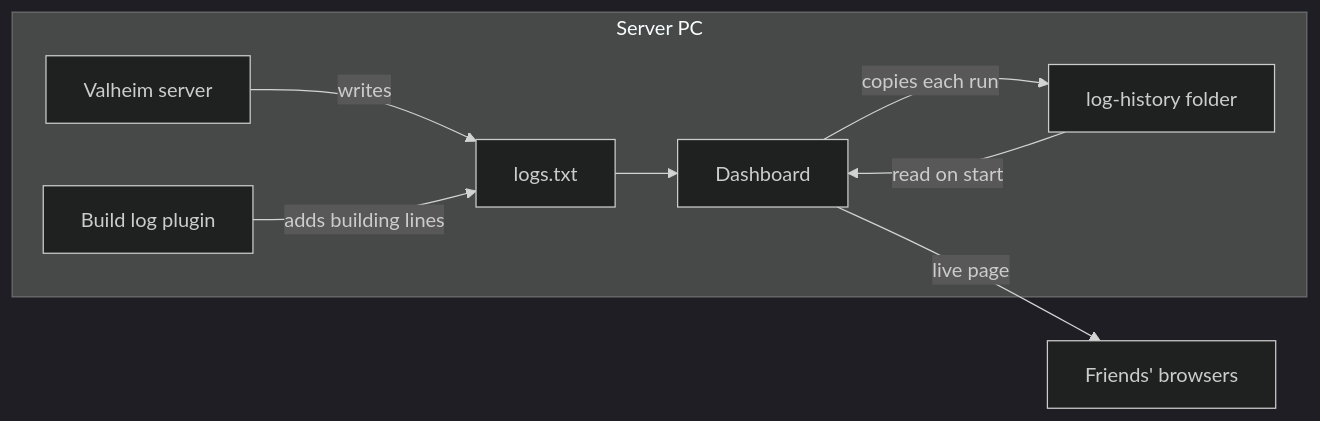
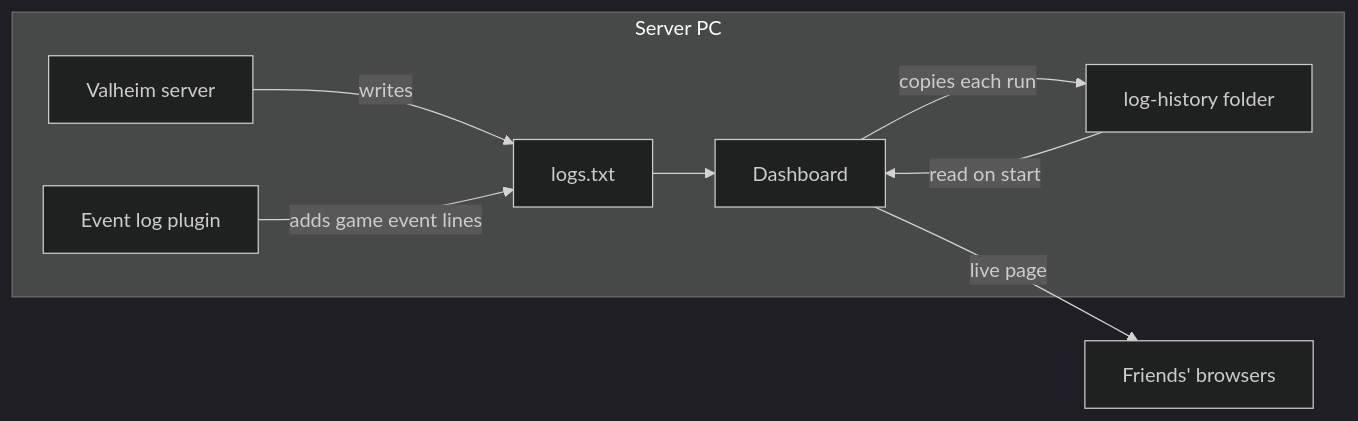
Before and after one commit to cristiadu/valheim-dashboard: the first of 8 diagrams in docs/architecture.md, drawn with Mermaid (dark theme). The commit also changed other lines of this file and 1 other file, not shown here.

Commit message:
Describe the event log plugin in the architecture docs

````diff
--- a/docs/architecture.md
+++ b/docs/architecture.md
@@ -6,11 +6,11 @@
 ```mermaid
 flowchart LR
   subgraph pc[Server PC]
     game[Valheim server] -->|writes| log[logs.txt]
-    plugin[Build log plugin] -->|adds building lines| log
+    plugin[Event log plugin] -->|adds game event lines| log
     log --> dash[Dashboard]
     dash -->|copies each run| hist[log-history folder]
     hist -->|read on start| dash
   end
   dash -->|live page| friends[Friends' browsers]
 ```
````
